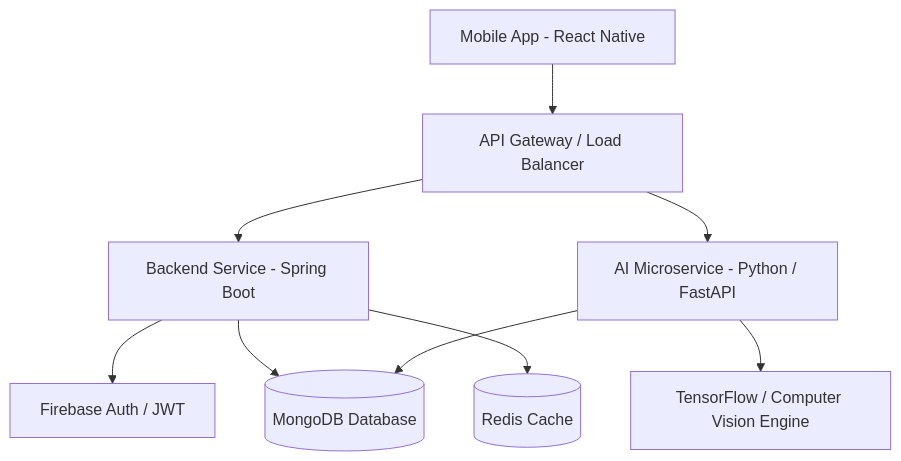
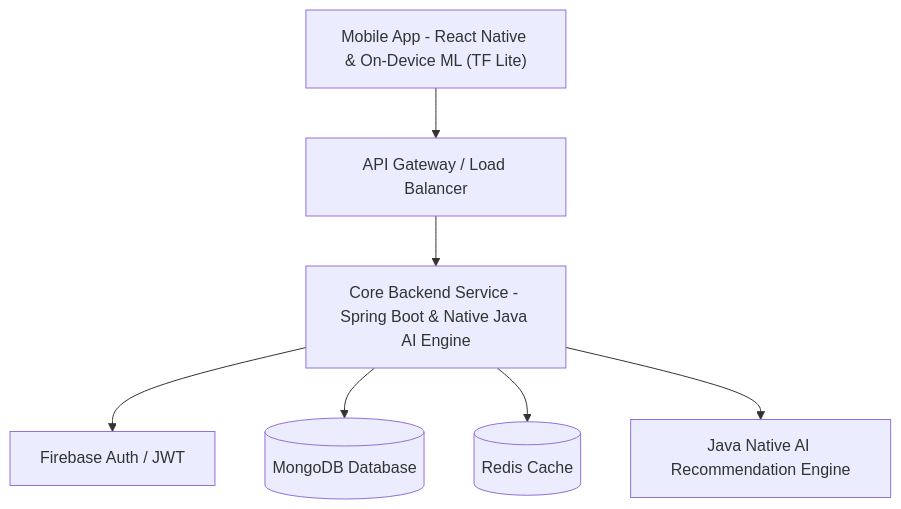
The diagram in docs/architecture-diagram.md (Ravindu-Dev/fitflow-redesign), drawn with Mermaid before and after one commit. The commit also changed other lines of this file and 8 other files, not shown here.

````diff
--- a/docs/architecture-diagram.md
+++ b/docs/architecture-diagram.md
@@ -5,13 +5,10 @@
 ```mermaid
 graph TD
-    Client[Mobile App - React Native] --> Gateway[API Gateway / Load Balancer]
-    Gateway --> Backend[Backend Service - Spring Boot]
-    Gateway --> AIService[AI Microservice - Python / FastAPI]
+    Client["Mobile App - React Native & On-Device ML (TF Lite)"] --> Gateway["API Gateway / Load Balancer"]
+    Gateway --> Backend["Core Backend Service - Spring Boot & Native Java AI Engine"]
     
-    Backend --> Auth[Firebase Auth / JWT]
-    Backend --> Mongo[(MongoDB Database)]
-    Backend --> Cache[(Redis Cache)]
-    
-    AIService --> TF[TensorFlow / Computer Vision Engine]
-    AIService --> Mongo
+    Backend --> Auth["Firebase Auth / JWT"]
+    Backend --> Mongo[("MongoDB Database")]
+    Backend --> Cache[("Redis Cache")]
+    Backend --> RecommendationEngine["Java Native AI Recommendation Engine"]
 ```
````
